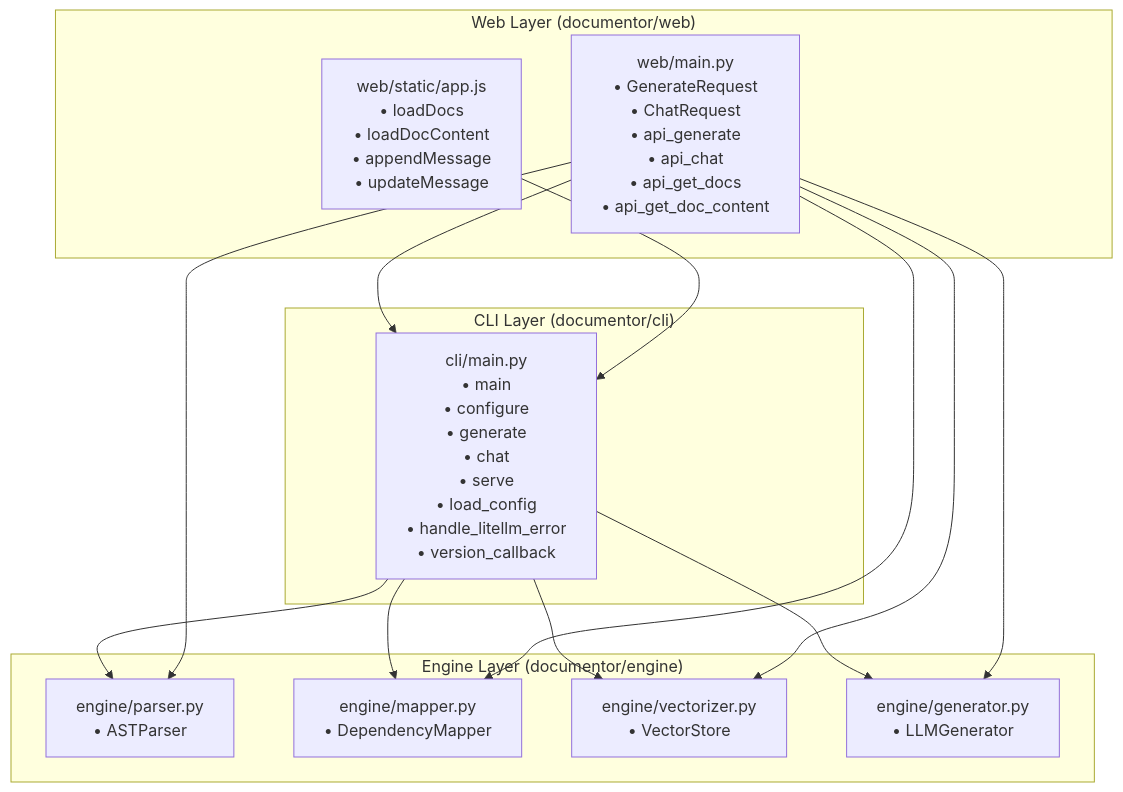
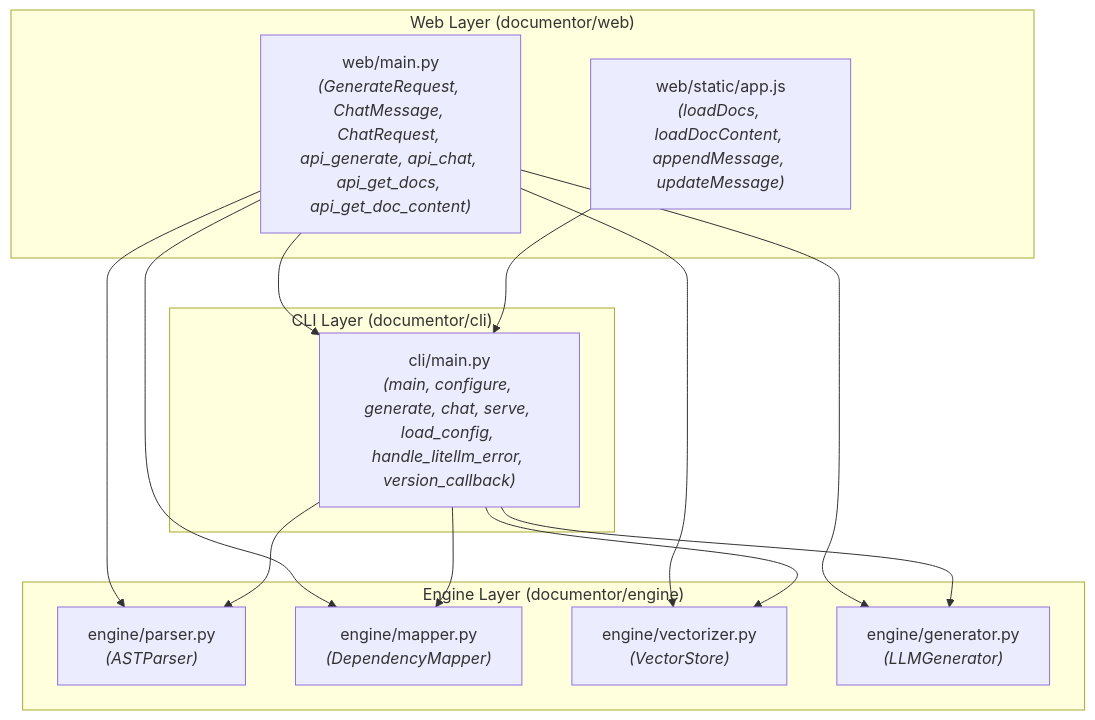
Before and after one commit to nirajmatere/documentor: the diagram in documentor_docs/ARCHITECTURE.md, drawn with Mermaid. The commit also changed other lines of this file and 10 other files, not shown here.

Commit message:
fix: Bust browser cache to serve new static assets

````diff
--- a/documentor_docs/ARCHITECTURE.md
+++ b/documentor_docs/ARCHITECTURE.md
@@ -76,33 +78,33 @@
 ```mermaid
 graph TD
-    subgraph Web ["Web Layer (documentor/web)"]
-        WebMain["web/main.py<br/>• GenerateRequest<br/>• ChatRequest<br/>• api_generate<br/>• api_chat<br/>• api_get_docs<br/>• api_get_doc_content"]
-        WebJS["web/static/app.js<br/>• loadDocs<br/>• loadDocContent<br/>• appendMessage<br/>• updateMessage"]
+    subgraph Web Layer ["Web Layer (documentor/web)"]
+        WEB_APP["web/static/app.js<br/><i>(loadDocs, loadDocContent, appendMessage, updateMessage)</i>"]
+        WEB_MAIN["web/main.py<br/><i>(GenerateRequest, ChatMessage, ChatRequest, api_generate, api_chat, api_get_docs, api_get_doc_content)</i>"]
     end
 
-    subgraph CLI ["CLI Layer (documentor/cli)"]
-        CLIMain["cli/main.py<br/>• main<br/>• configure<br/>• generate<br/>• chat<br/>• serve<br/>• load_config<br/>• handle_litellm_error<br/>• version_callback"]
+    subgraph CLI Layer ["CLI Layer (documentor/cli)"]
+        CLI_MAIN["cli/main.py<br/><i>(main, configure, generate, chat, serve, load_config, handle_litellm_error, version_callback)</i>"]
     end
 
-    subgraph Engine ["Engine Layer (documentor/engine)"]
-        Parser["engine/parser.py<br/>• ASTParser"]
-        Mapper["engine/mapper.py<br/>• DependencyMapper"]
-        Vectorizer["engine/vectorizer.py<br/>• VectorStore"]
-        Generator["engine/generator.py<br/>• LLMGenerator"]
+    subgraph Engine Layer ["Engine Layer (documentor/engine)"]
+        PARSER["engine/parser.py<br/><i>(ASTParser)</i>"]
+        MAPPER["engine/mapper.py<br/><i>(DependencyMapper)</i>"]
+        VECTORIZER["engine/vectorizer.py<br/><i>(VectorStore)</i>"]
+        GENERATOR["engine/generator.py<br/><i>(LLMGenerator)</i>"]
     end
 
+    %% Web Dependencies
+    WEB_MAIN --> CLI_MAIN
+    WEB_MAIN --> PARSER
+    WEB_MAIN --> MAPPER
+    WEB_MAIN --> VECTORIZER
+    WEB_MAIN --> GENERATOR
+
+    WEB_APP --> CLI_MAIN
+
     %% CLI Dependencies
-    CLIMain --> Parser
-    CLIMain --> Mapper
-    CLIMain --> Vectorizer
-    CLIMain --> Generator
-
-    %% Web Dependencies
-    WebMain --> Parser
-    WebMain --> Mapper
-    WebMain --> Vectorizer
-    WebMain --> Generator
-    WebMain --> CLIMain
-
-    WebJS --> CLIMain
+    CLI_MAIN --> PARSER
+    CLI_MAIN --> MAPPER
+    CLI_MAIN --> VECTORIZER
+    CLI_MAIN --> GENERATOR
 ```
````
